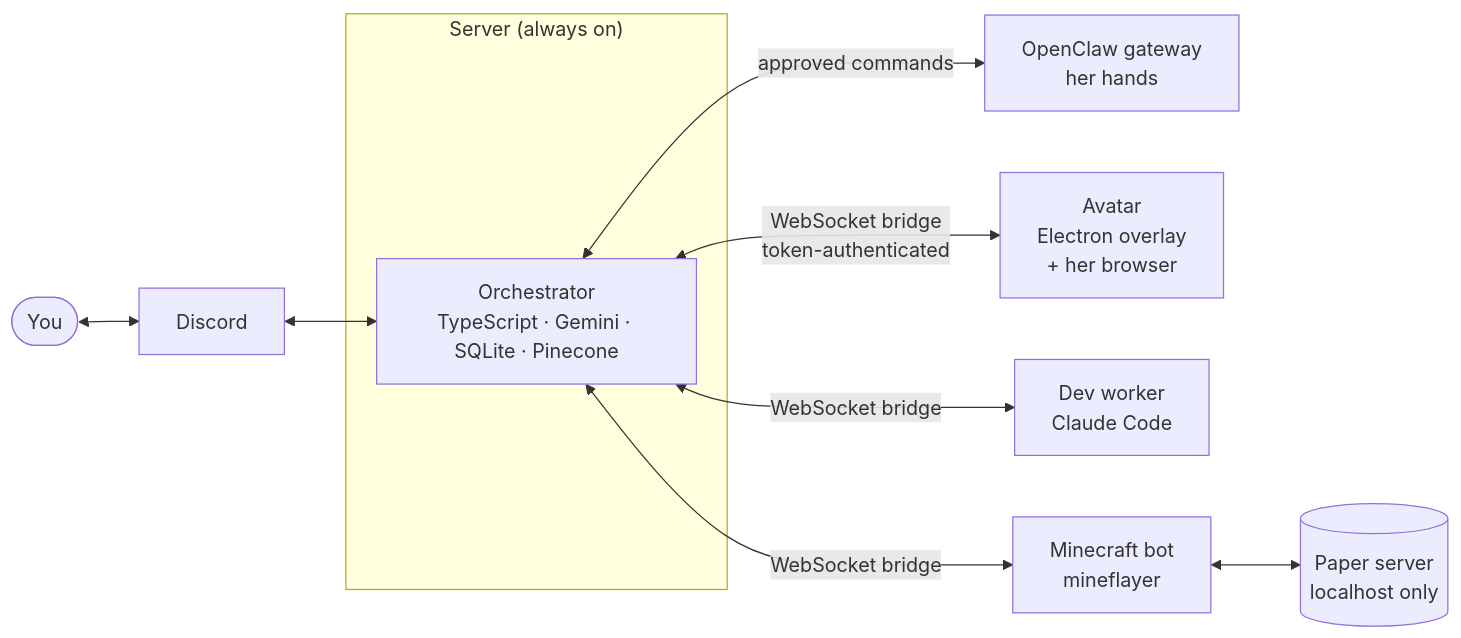
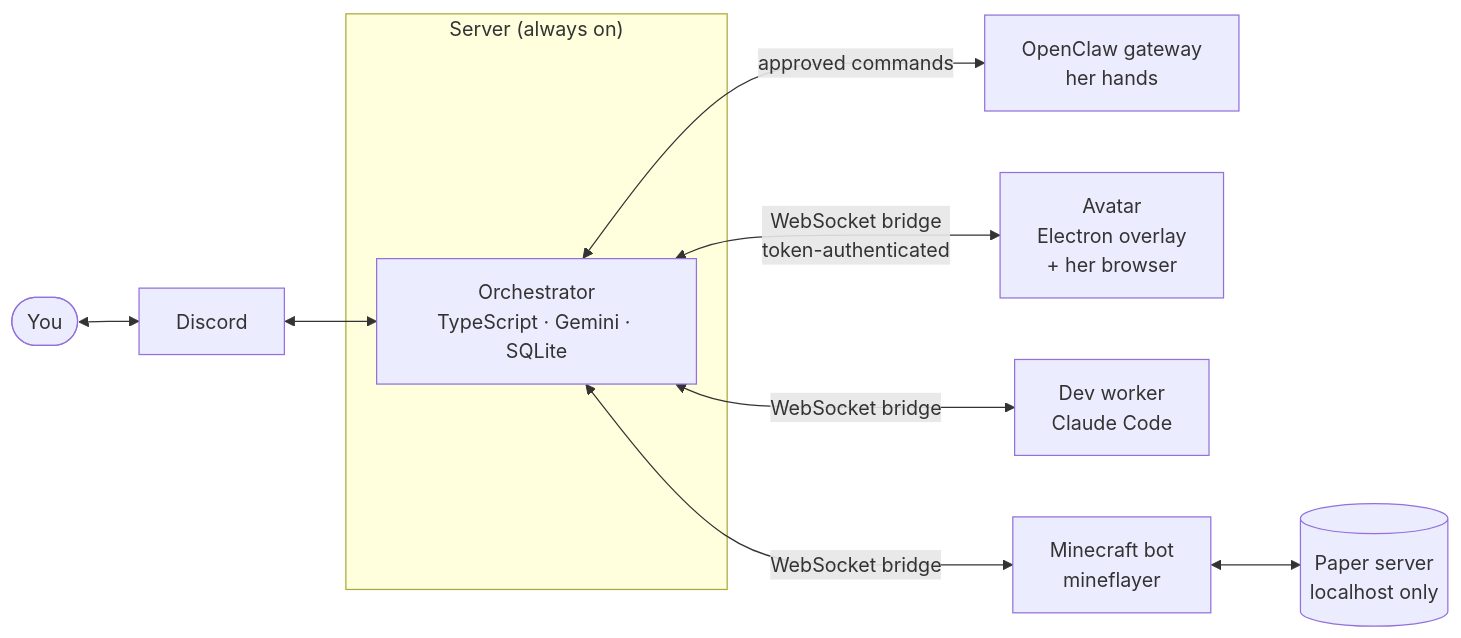
Before and after one commit to smandylee/shiro: the diagram in README.md, drawn with Mermaid. The commit also changed other lines of this file and 5 other files, not shown here.

````diff
--- a/README.md
+++ b/README.md
@@ -68,15 +68,15 @@
 ```mermaid
 flowchart LR
     You([You]) <--> Discord
     Discord <--> O
 
     subgraph VM["Server (always on)"]
-      O["Orchestrator<br/>TypeScript · Gemini · SQLite · Pinecone"]
+      O["Orchestrator<br/>TypeScript · Gemini · SQLite"]
     end
 
     O <-- "approved commands" --> C["OpenClaw gateway<br/>her hands"]
     O <-- "WebSocket bridge<br/>token-authenticated" --> A["Avatar<br/>Electron overlay<br/>+ her browser"]
     O <-- "WebSocket bridge" --> W["Dev worker<br/>Claude Code"]
     O <-- "WebSocket bridge" --> M["Minecraft bot<br/>mineflayer"]
     M <--> Paper[("Paper server<br/>localhost only")]
 ```
````
